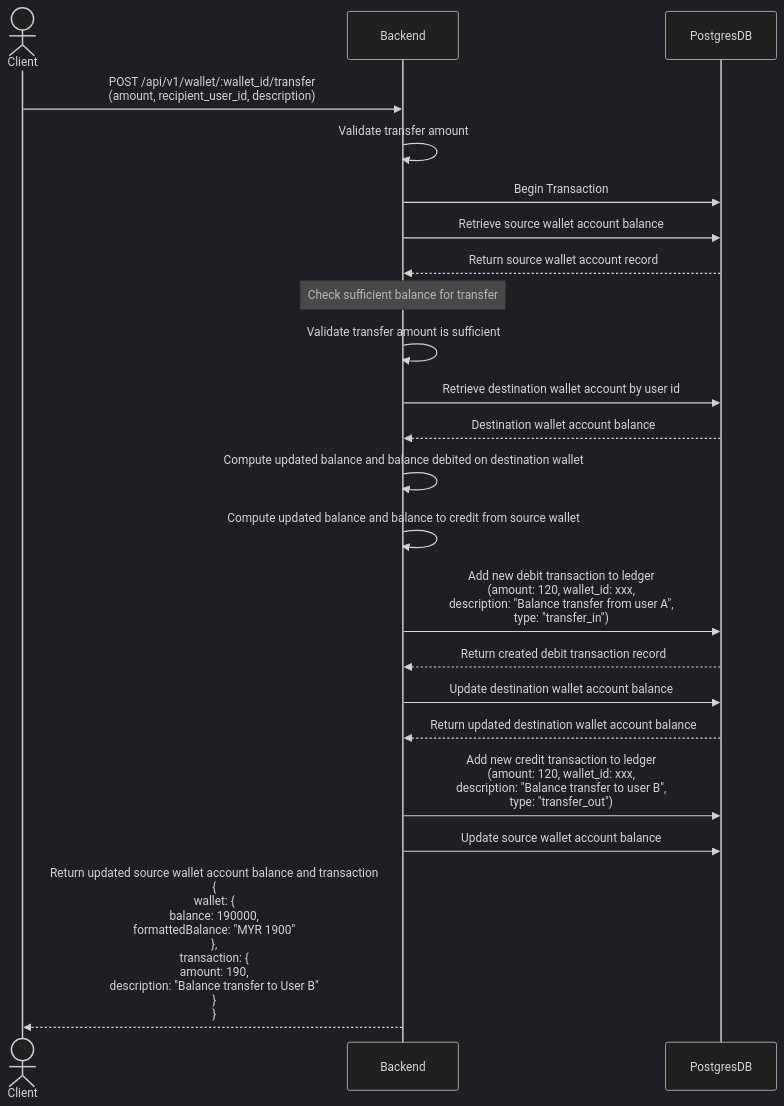
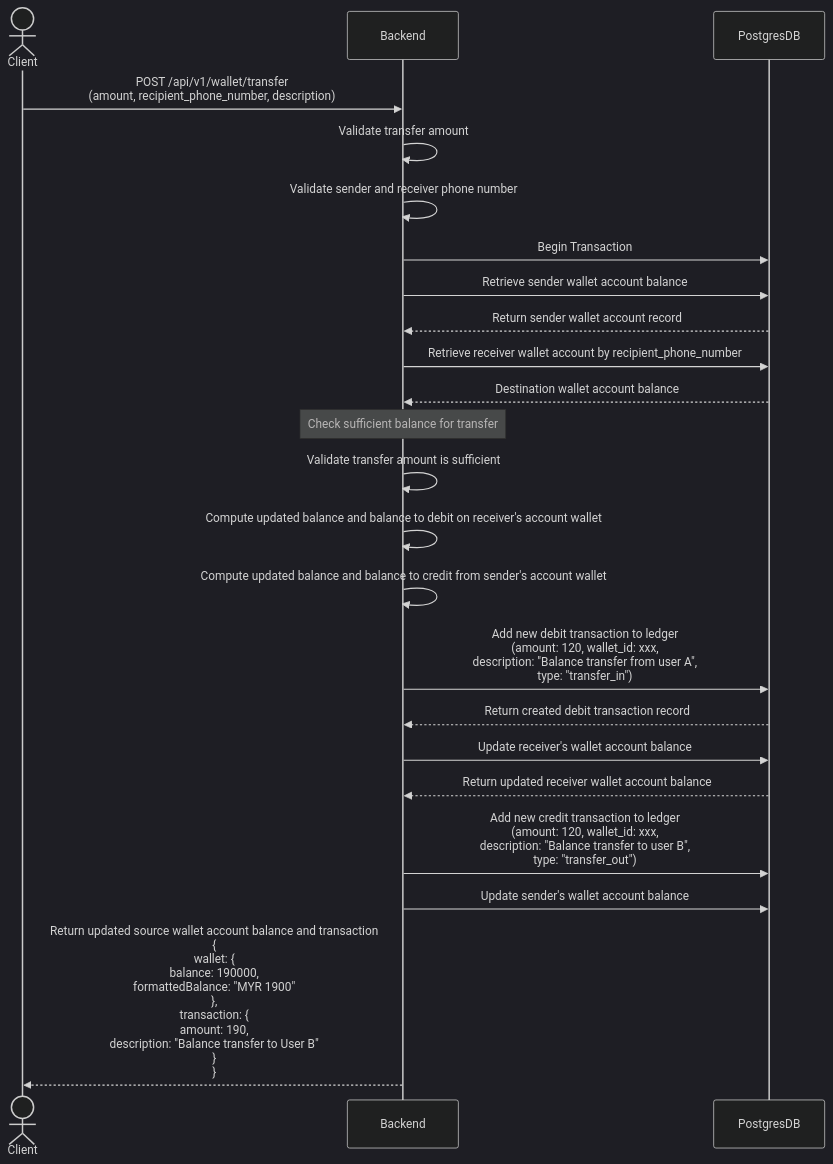
Before and after one commit to leeliwei930/walletassignment: the first of 4 diagrams in docs/scenarios/transfer_money_within_user.md, drawn with Mermaid (dark theme). The commit also changed other lines of this file and 6 other files, not shown here.

Commit message:
Update authentication method in README and scenarios to use X-PHONE-NUMBER header; add OpenAPI documentation for wallet API endpoints and scenarios for deposit, withdrawal, and transfer operations.

````diff
--- a/docs/scenarios/transfer_money_within_user.md
+++ b/docs/scenarios/transfer_money_within_user.md
@@ -3,25 +3,26 @@
 ```mermaid
 sequenceDiagram
     actor Client
     participant Backend
     participant PostgresDB
 
-    Client->>Backend: POST /api/v1/wallet/:wallet_id/transfer<br/>(amount, recipient_user_id, description)
+    Client->>Backend: POST /api/v1/wallet/transfer<br/>(amount, recipient_phone_number, description)
     Backend->>Backend: Validate transfer amount
+    Backend->>Backend: Validate sender and receiver phone number
     Backend->>PostgresDB: Begin Transaction
-    Backend->>PostgresDB: Retrieve source wallet account balance
-    PostgresDB-->>Backend: Return source wallet account record
+    Backend->>PostgresDB: Retrieve sender wallet account balance
+    PostgresDB-->>Backend: Return sender wallet account record
+    Backend->>PostgresDB: Retrieve receiver wallet account by recipient_phone_number
+    PostgresDB-->>Backend: Destination wallet account balance
     Note over Backend: Check sufficient balance for transfer
     Backend->>Backend: Validate transfer amount is sufficient
-    Backend->>PostgresDB: Retrieve destination wallet account by user id
-    PostgresDB-->>Backend: Destination wallet account balance
-    Backend->>Backend: Compute updated balance and balance debited on destination wallet
-    Backend->>Backend: Compute updated balance and balance to credit from source wallet
+    Backend->>Backend: Compute updated balance and balance to debit on receiver's account wallet
+    Backend->>Backend: Compute updated balance and balance to credit from sender's account wallet
     Backend->>PostgresDB: Add new debit transaction to ledger<br/>(amount: 120, wallet_id: xxx,<br/>description: "Balance transfer from user A",<br/>type: "transfer_in")
     PostgresDB-->>Backend: Return created debit transaction record
-    Backend->>PostgresDB: Update destination wallet account balance
-    PostgresDB-->>Backend: Return updated destination wallet account balance
+    Backend->>PostgresDB: Update receiver's wallet account balance
+    PostgresDB-->>Backend: Return updated receiver wallet account balance
     Backend->>PostgresDB: Add new credit transaction to ledger<br/>(amount: 120, wallet_id: xxx,<br/>description: "Balance transfer to user B",<br/>type: "transfer_out")
-    Backend->>PostgresDB: Update source wallet account balance
+    Backend->>PostgresDB: Update sender's wallet account balance
     Backend-->>Client: Return updated source wallet account balance and transaction<br/>{<br/>wallet: {<br/>balance: 190000,<br/>formattedBalance: "MYR 1900"<br/>},<br/>transaction: {<br/>amount: 190,<br/>description: "Balance transfer to User B"<br/>}<br/>}
 ```
````
